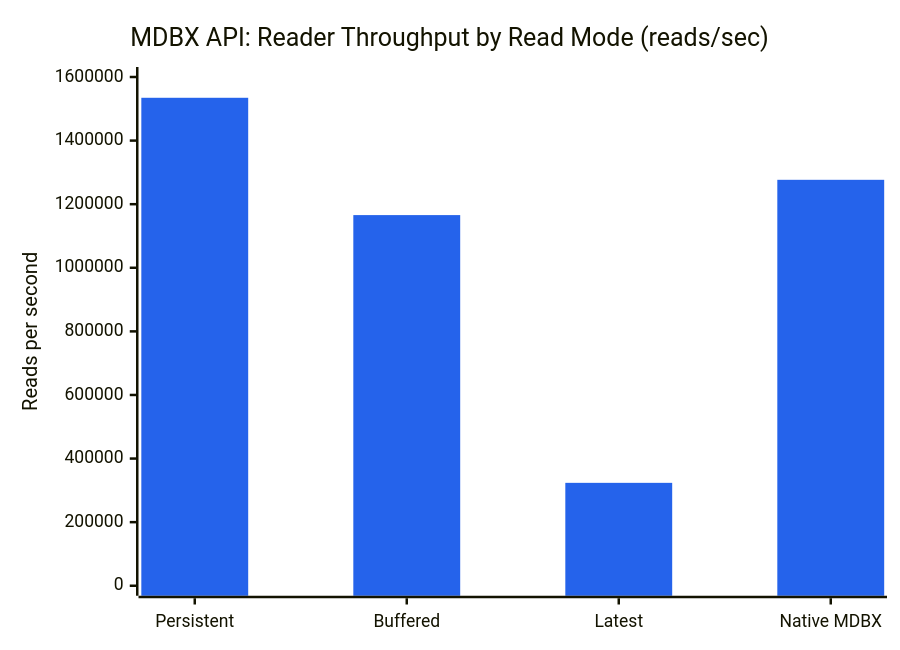
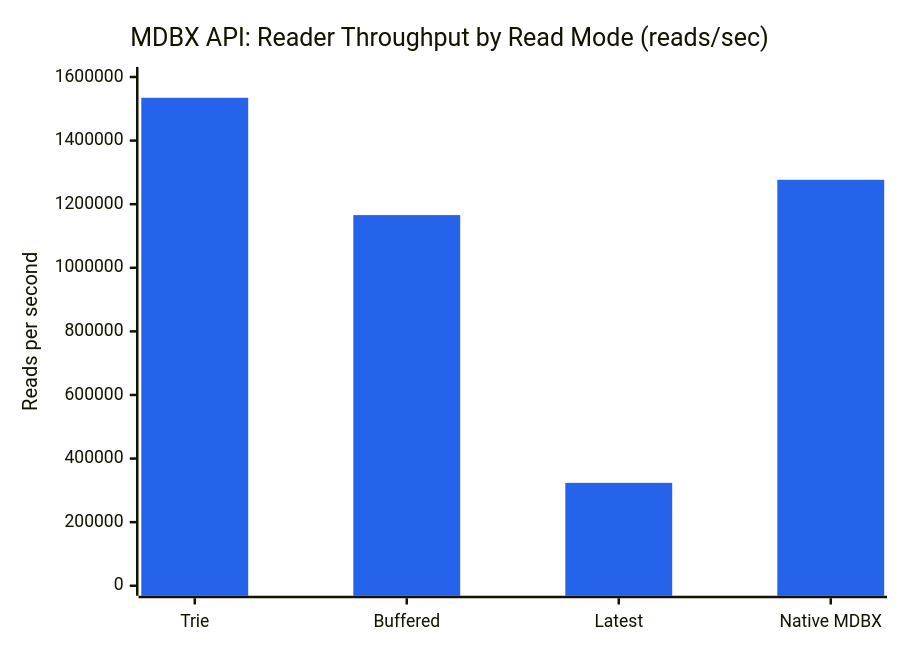
The tenth of 24 diagrams in docs/benchmarks/bank.md (gofractally/arbtrie), drawn with Mermaid before and after one commit. The commit also changed other lines of this file and 14 other files, not shown here.

First line of the commit message:
Rename read_mode::persistent to read_mode::trie

````diff
--- a/docs/benchmarks/bank.md
+++ b/docs/benchmarks/bank.md
@@ -257,8 +257,8 @@
 ```mermaid
 %%{init: {'theme': 'base', 'themeVariables': {'xyChart': {'plotColorPalette': '#2563EB,#16A34A,#7C3AED,#DC2626'}}}}%%
 xychart-beta
     title "MDBX API: Reader Throughput by Read Mode (reads/sec)"
-    x-axis ["Persistent", "Buffered", "Latest", "Native MDBX"]
+    x-axis ["Trie", "Buffered", "Latest", "Native MDBX"]
     y-axis "Reads per second" 0 --> 1600000
     bar [1534646, 1165690, 323626, 1276659]
 ```
````
